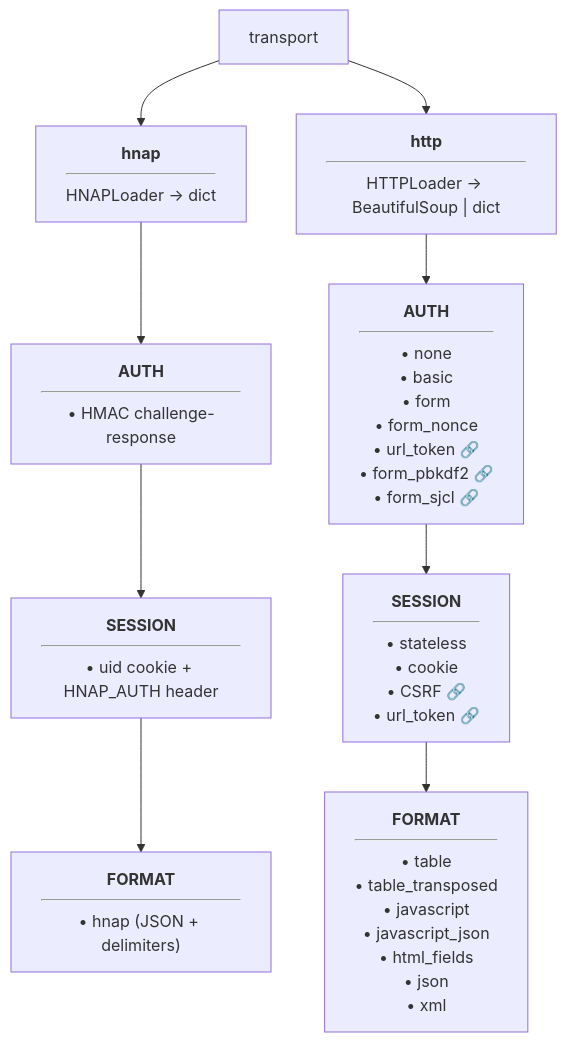
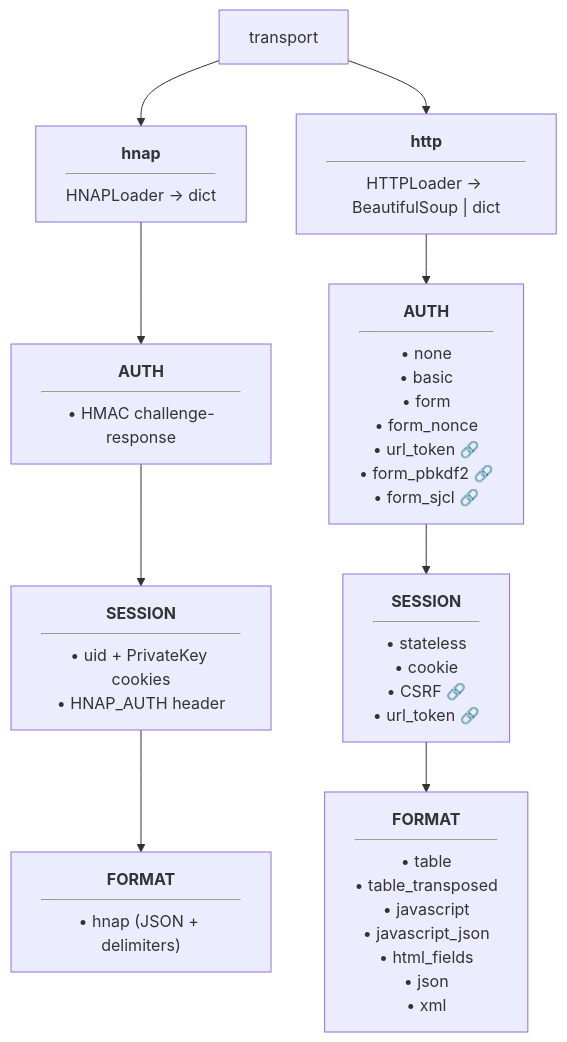
Before and after one commit to solentlabs/cable_modem_monitor: the second of 2 diagrams in packages/cable_modem_monitor_core/docs/ARCHITECTURE.md, drawn with Mermaid. The commit also changed other lines of this file and 9 other files, not shown here.

First line of the commit message:
fix(hnap): restore PrivateKey cookie on HNAP data requests

````diff
--- a/packages/cable_modem_monitor_core/docs/ARCHITECTURE.md
+++ b/packages/cable_modem_monitor_core/docs/ARCHITECTURE.md
@@ -204,13 +208,13 @@
 ```mermaid
 graph TD
     T[transport] --> HNAP["<b>hnap</b><hr/>HNAPLoader → dict"]
     T --> HTTP["<b>http</b><hr/>HTTPLoader → BeautifulSoup | dict"]
 
     HNAP --> HA["<b>AUTH</b><hr/>• HMAC challenge-response"]
-    HA --> HS["<b>SESSION</b><hr/>• uid cookie + HNAP_AUTH header"]
+    HA --> HS["<b>SESSION</b><hr/>• uid + PrivateKey cookies<br/>• HNAP_AUTH header"]
     HS --> HF["<b>FORMAT</b><hr/>• hnap (JSON + delimiters)"]
 
     HTTP --> HTA["<b>AUTH</b><hr/>• none<br/>• basic<br/>• form<br/>• form_nonce<br/>• url_token 🔗<br/>• form_pbkdf2 🔗<br/>• form_sjcl 🔗"]
     HTA --> HTS["<b>SESSION</b><hr/>• stateless<br/>• cookie<br/>• CSRF 🔗<br/>• url_token 🔗"]
     HTS --> HTF["<b>FORMAT</b><hr/>• table<br/>• table_transposed<br/>• javascript<br/>• javascript_json<br/>• html_fields<br/>• json<br/>• xml"]
 ```
````
